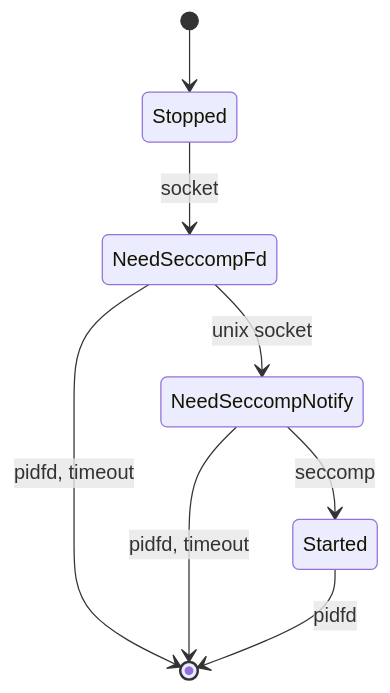
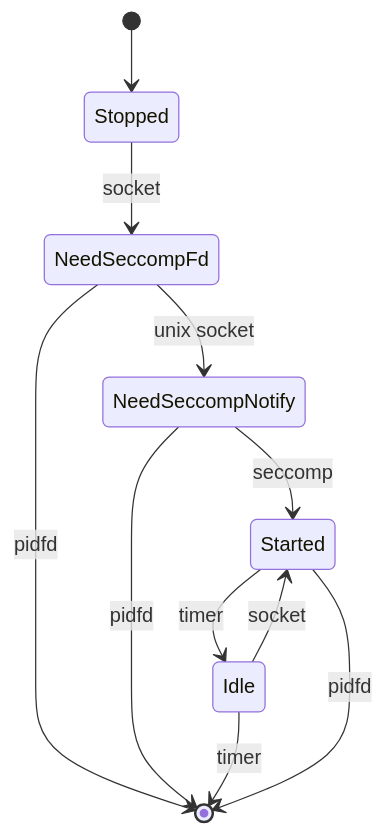
The diagram in README.md (wingdeans/socktivate), drawn with Mermaid before and after one commit. The commit also changed 3 other files, not shown here.

````diff
--- a/README.md
+++ b/README.md
@@ -2,10 +2,13 @@
 ```mermaid
 stateDiagram-v2
     [*] --> Stopped
     Stopped --> NeedSeccompFd: socket
-    NeedSeccompFd --> [*]: pidfd, timeout
+    NeedSeccompFd --> [*]: pidfd
     NeedSeccompFd --> NeedSeccompNotify: unix socket
     NeedSeccompNotify --> Started: seccomp
-    NeedSeccompNotify --> [*]: pidfd, timeout
+    NeedSeccompNotify --> [*]: pidfd
+    Started --> Idle: timer
+    Idle --> Started: socket
+    Idle --> [*]: timer
     Started --> [*]: pidfd
 ```
````
